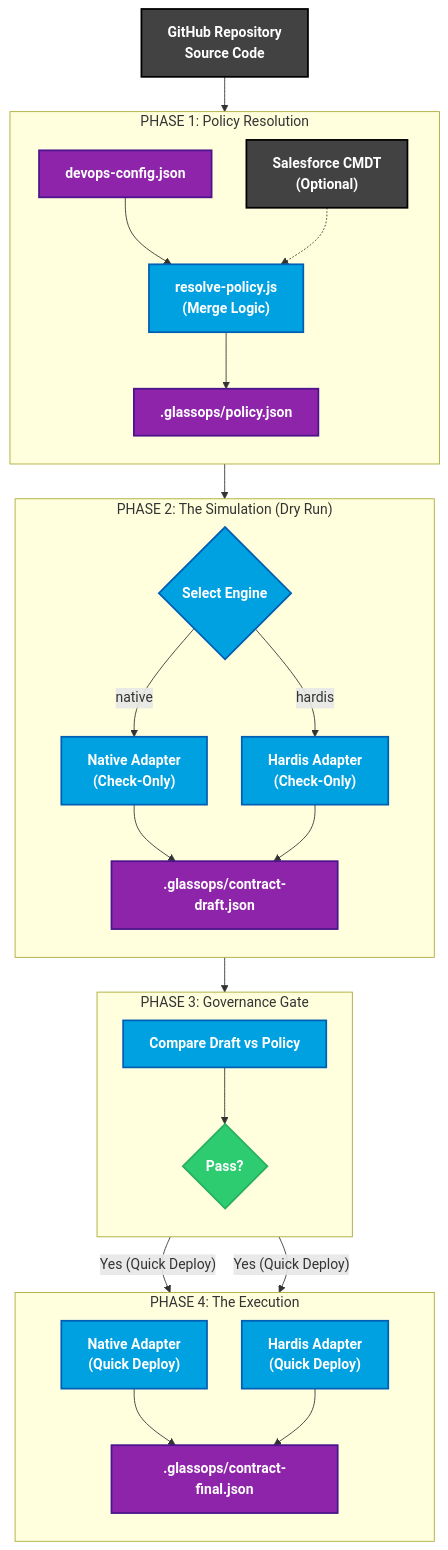
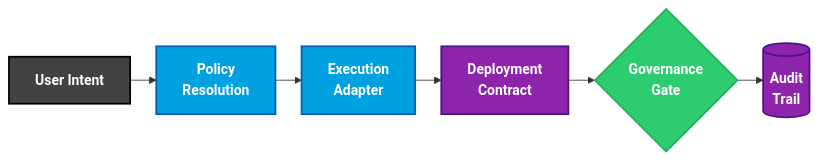
One commit to rdbumstead/resume-as-code changed the first of 2 diagrams in src/Resume_Comprehensive.md. Above: the diagram before and after it, drawn with Mermaid. The commit also changed other lines of this file and 3 other files, not shown here.

````diff
--- a/src/Resume_Comprehensive.md
+++ b/src/Resume_Comprehensive.md
@@ -41,68 +39,22 @@
 ```mermaid
-graph TB
-    %%{init: {'flowchart': {'nodeSpacing': 40, 'rankSpacing': 40}}}%%
-
-    %% ===== Styles =====
-    classDef input fill:#424242,stroke:#000000,stroke-width:2px,color:#ffffff,font-weight:bold;
-    classDef logic fill:#00A1E0,stroke:#005FB2,stroke-width:2px,color:#ffffff,font-weight:bold;
-    classDef artifact fill:#8E24AA,stroke:#4A148C,stroke-width:2px,color:#ffffff,font-weight:bold;
-    classDef gate fill:#2ECC71,stroke:#27AE60,stroke-width:2px,color:#ffffff,font-weight:bold;
-
-    %% ===== Starting Point =====
-    Repo["GitHub Repository<br/>Source Code"]:::input
-
-    %% ===== Phase 1: Policy Resolution =====
-    subgraph Phase1 ["PHASE 1: Policy Resolution"]
-        direction TB
-        Config["devops-config.json"]:::artifact
-        CMDT["Salesforce CMDT<br/>(Optional)"]:::input
-        Resolver["resolve-policy.js<br/>(Merge Logic)"]:::logic
-        PolicyJSON[".glassops/policy.json"]:::artifact
-    end
-
-    %% ===== Phase 2: Simulation =====
-    subgraph Phase2 ["PHASE 2: The Simulation (Dry Run)"]
-        direction TB
-        EngineCheck{"Select Engine"}:::logic
-        SimNative["Native Adapter<br/>(Check-Only)"]:::logic
-        SimHardis["Hardis Adapter<br/>(Check-Only)"]:::logic
-        DraftContract[".glassops/contract-draft.json"]:::artifact
-    end
-
-    %% ===== Phase 3: The Gate =====
-    subgraph Phase3 ["PHASE 3: Governance Gate"]
-        direction TB
-        Validate["Compare Draft vs Policy"]:::logic
-        Decision{"Pass?"}:::gate
-    end
-
-    %% ===== Phase 4: Execution =====
-    subgraph Phase4 ["PHASE 4: The Execution"]
-        direction TB
-        ExecNative["Native Adapter<br/>(Quick Deploy)"]:::logic
-        ExecHardis["Hardis Adapter<br/>(Quick Deploy)"]:::logic
-        FinalContract[".glassops/contract-final.json"]:::artifact
-    end
-
-    %% ===== Flow =====
-    Repo --> Phase1
-    Config --> Resolver
-    CMDT -.-> Resolver
-    Resolver --> PolicyJSON
-    PolicyJSON --> EngineCheck
-
-    EngineCheck -->|"native"| SimNative
-    EngineCheck -->|"hardis"| SimHardis
-
-    SimNative --> DraftContract
-    SimHardis --> DraftContract
-
-    DraftContract --> Validate
-    Validate --> Decision
-
-    Decision -->|"Yes (Quick Deploy)"| ExecNative
-    Decision -->|"Yes (Quick Deploy)"| ExecHardis
-
-    ExecNative --> FinalContract
-    ExecHardis --> FinalContract
+flowchart LR
+    %%{init: {'flowchart': {'nodeSpacing': 30, 'rankSpacing': 30}}}%%
+    %% CLASSES
+    classDef input fill:#424242,stroke:#000000,stroke-width:2px,color:#ffffff,font-weight:bold;
+    classDef logic fill:#00A1E0,stroke:#005FB2,stroke-width:2px,color:#ffffff,font-weight:bold;
+    classDef artifact fill:#8E24AA,stroke:#4A148C,stroke-width:2px,color:#ffffff,font-weight:bold;
+    classDef gate fill:#2ECC71,stroke:#27AE60,stroke-width:2px,color:#ffffff,font-weight:bold;
+    %% NODES
+    Intent[User Intent]:::input
+    Policy[Policy<br/>Resolution]:::logic
+    Adapter[Execution<br/>Adapter]:::logic
+    Contract[Deployment<br/>Contract]:::artifact
+    Enforce{Governance<br/>Gate}:::gate
+    Audit[(Audit<br/>Trail)]:::artifact
+    %% FLOW
+    Intent --> Policy
+    Policy --> Adapter
+    Adapter --> Contract
+    Contract --> Enforce
+    Enforce --> Audit
 ```
````
